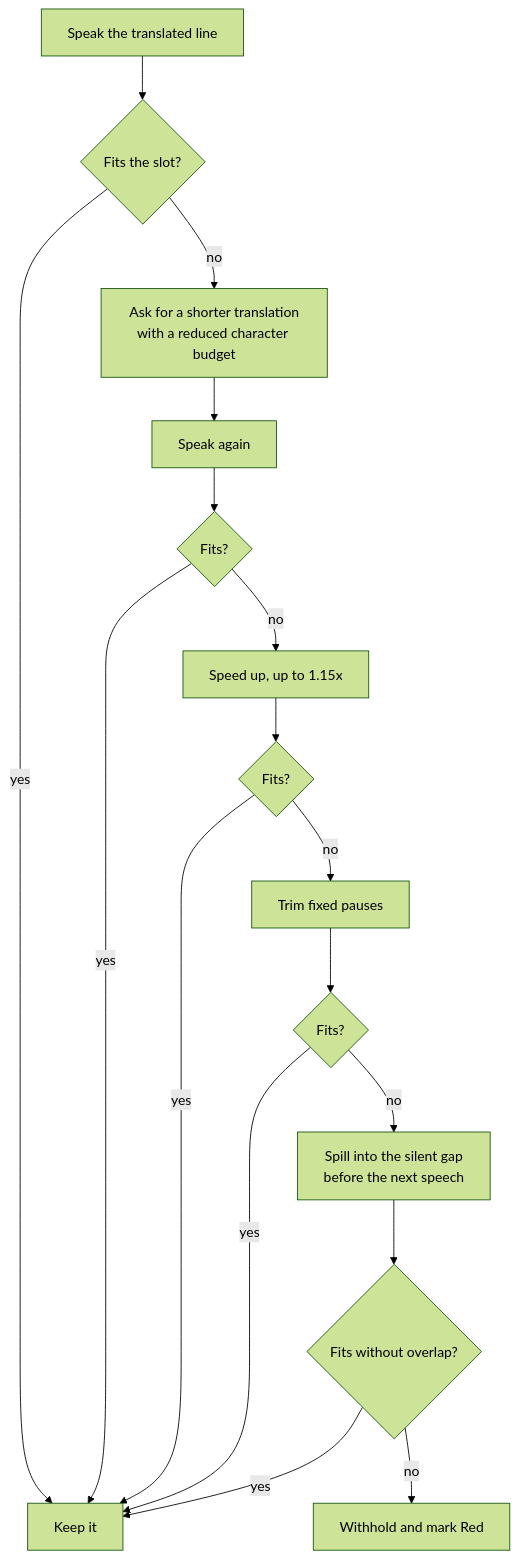
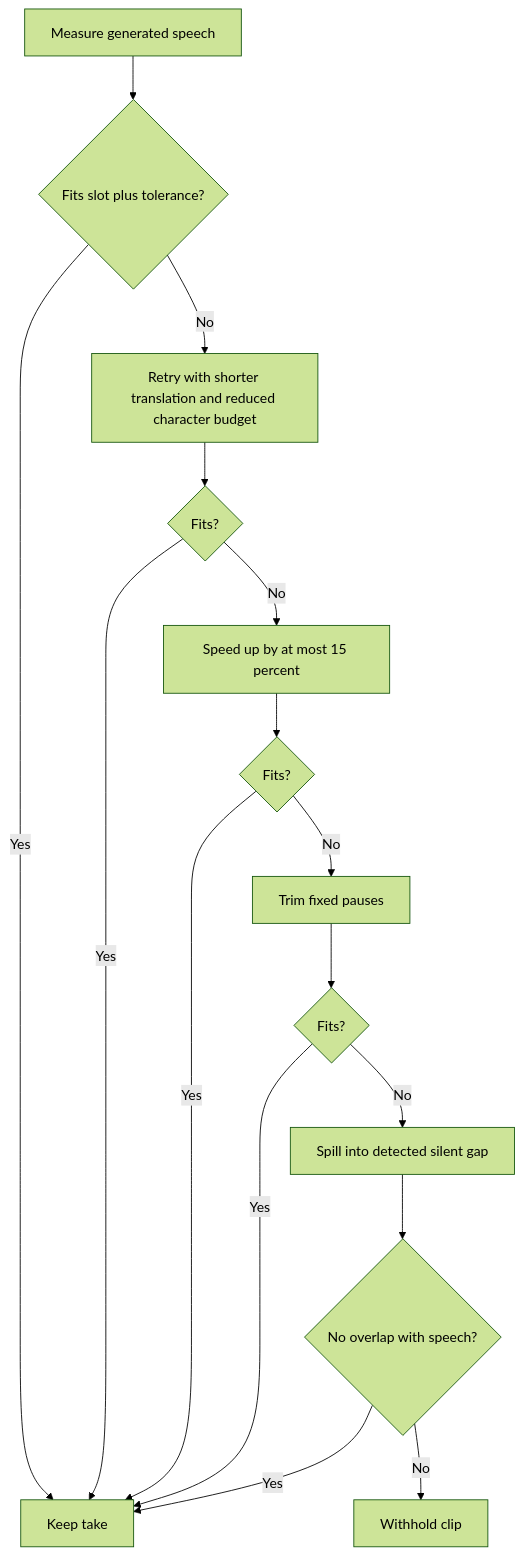
Before and after one commit to Aarti-panchal01/anek: the fourth of 5 diagrams in README.md, drawn with Mermaid (forest theme). The commit also changed other lines of this file and 1 other file, not shown here.

````diff
--- a/README.md
+++ b/README.md
@@ -185,19 +162,18 @@
 ```mermaid
 flowchart TD
-    A[Speak the translated line] --> B{Fits the slot?}
-    B -- yes --> Z[Keep it]
-    B -- no --> C[Ask for a shorter translation<br/>with a reduced character budget]
-    C --> D[Speak again]
-    D --> E{Fits?}
-    E -- yes --> Z
-    E -- no --> F[Speed up, up to 1.15x]
-    F --> G{Fits?}
-    G -- yes --> Z
-    G -- no --> H[Trim fixed pauses]
-    H --> I{Fits?}
-    I -- yes --> Z
-    I -- no --> K[Spill into the silent gap<br/>before the next speech]
-    K --> L{Fits without overlap?}
-    L -- yes --> Z
-    L -- no --> W[Withhold and mark Red]
+    A[Measure generated speech] --> B{Fits slot plus tolerance?}
+    B -->|Yes| K[Keep take]
+    B -->|No| C[Retry with shorter translation and reduced character budget]
+    C --> D{Fits?}
+    D -->|Yes| K
+    D -->|No| E[Speed up by at most 15 percent]
+    E --> F{Fits?}
+    F -->|Yes| K
+    F -->|No| G[Trim fixed pauses]
+    G --> H{Fits?}
+    H -->|Yes| K
+    H -->|No| I[Spill into detected silent gap]
+    I --> J{No overlap with speech?}
+    J -->|Yes| K
+    J -->|No| L[Withhold clip]
 ```
````
